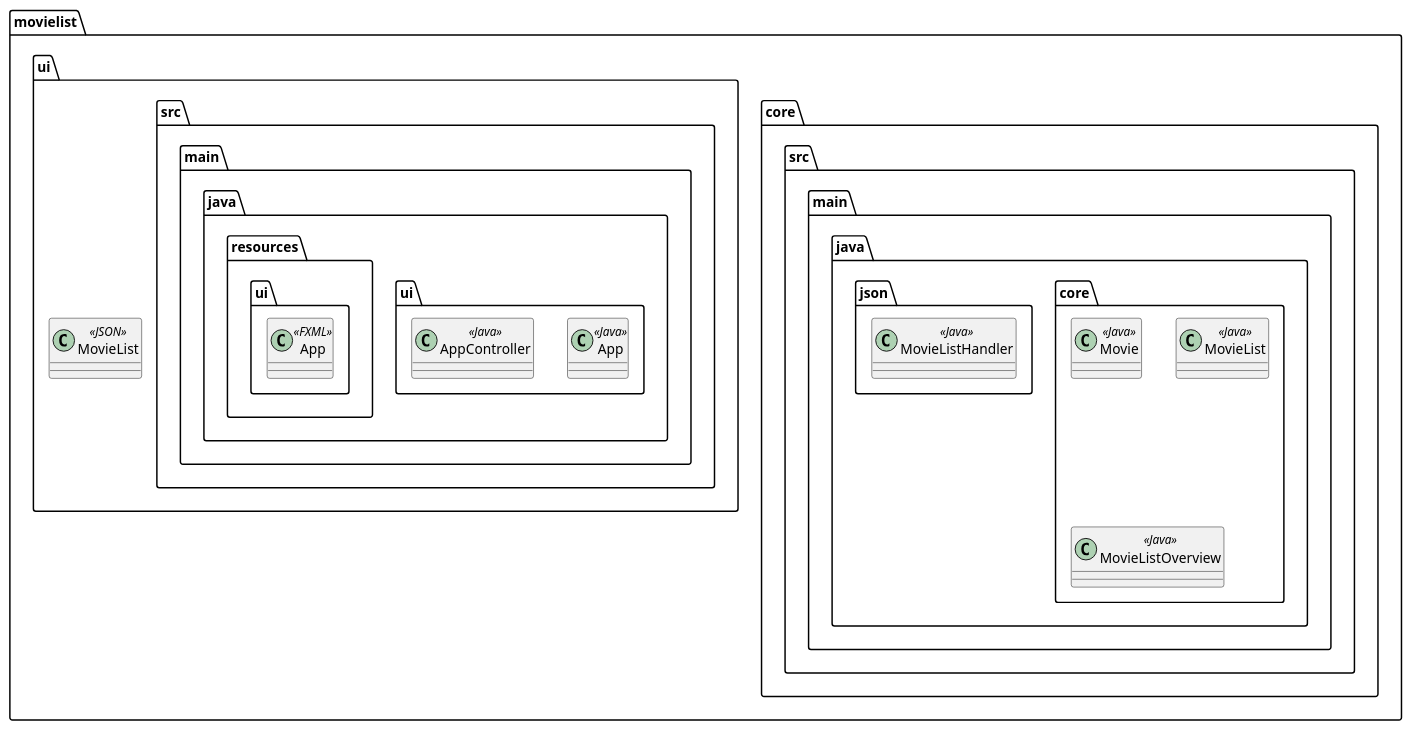
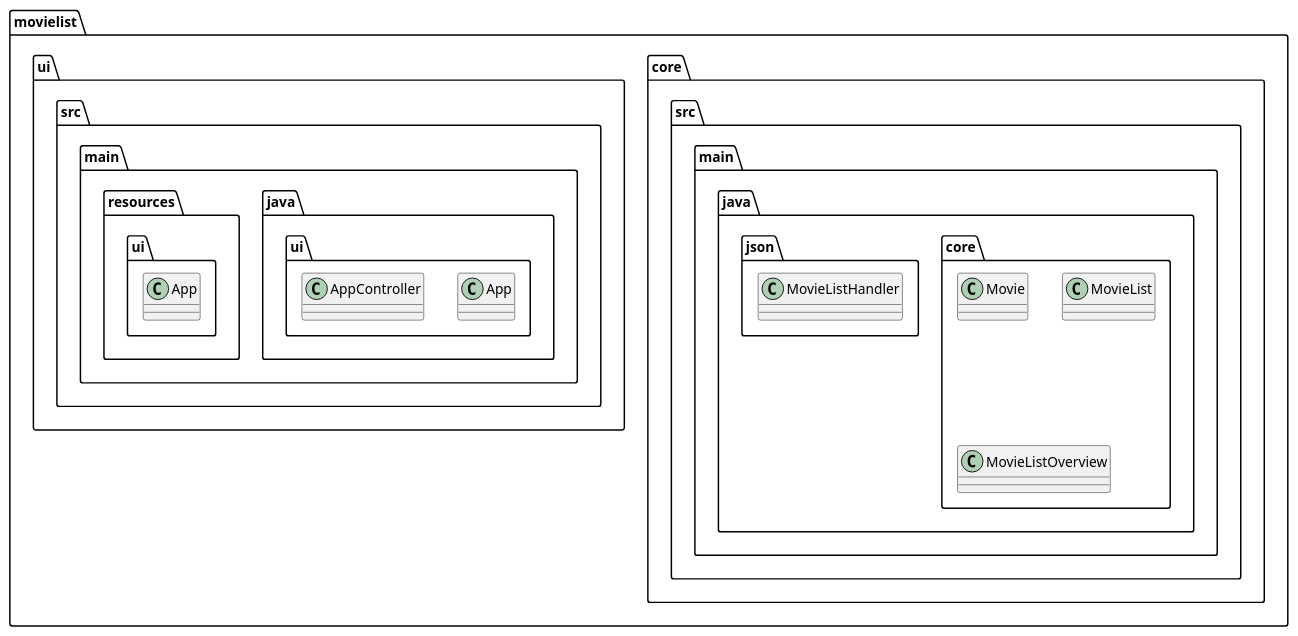
One commit to thomadha/gr2336 changed the diagram in docs/release2/package.plantuml. Above: the diagram before and after it, drawn with PlantUML. The commit also changed other lines of this file, not shown here.

Commit message:
Trying to fix error message

```diff
--- a/docs/release2/package.plantuml
+++ b/docs/release2/package.plantuml
@@ -1,41 +1,22 @@
 @startuml Package diagram
 
-package "movielist" {
-  package "core" {
-    package "src" {
-        package "main" {
-            package "java" {
-                package "core" {
-                    class Movie <<Java>>
-                    class MovieList <<Java>>
-                    class MovieListOverview <<Java>>
-                }
-                package "json" {
-                    class MovieListHandler <<Java>>
-                }
-            }
-        }
-    }
-  }
+package "movielist.core.src.main.java.core" {
+  class Movie 
+  class MovieList 
+  class MovieListOverview 
+}
 
-package "ui" {
-    package "src" {
-        package "main" {
-            package "java" {
-                package "ui" {
-                    class App <<Java>>
-                    class AppController <<Java>>
-                }
-            package "resources"{
-                package "ui"{
-                    class App <<FXML>>
-                }
-            }
-            }
-        }
-    }
-    class MovieList <<JSON>>            
-    }
+package "movielist.core.src.main.java.json" {
+  class MovieListHandler 
+}
+
+package "movielist.ui.src.main.java.ui" {
+  class App 
+  class AppController 
+}
+
+package "movielist.ui.src.main.resources.ui" {
+  class App
 }
 
 @enduml
```
